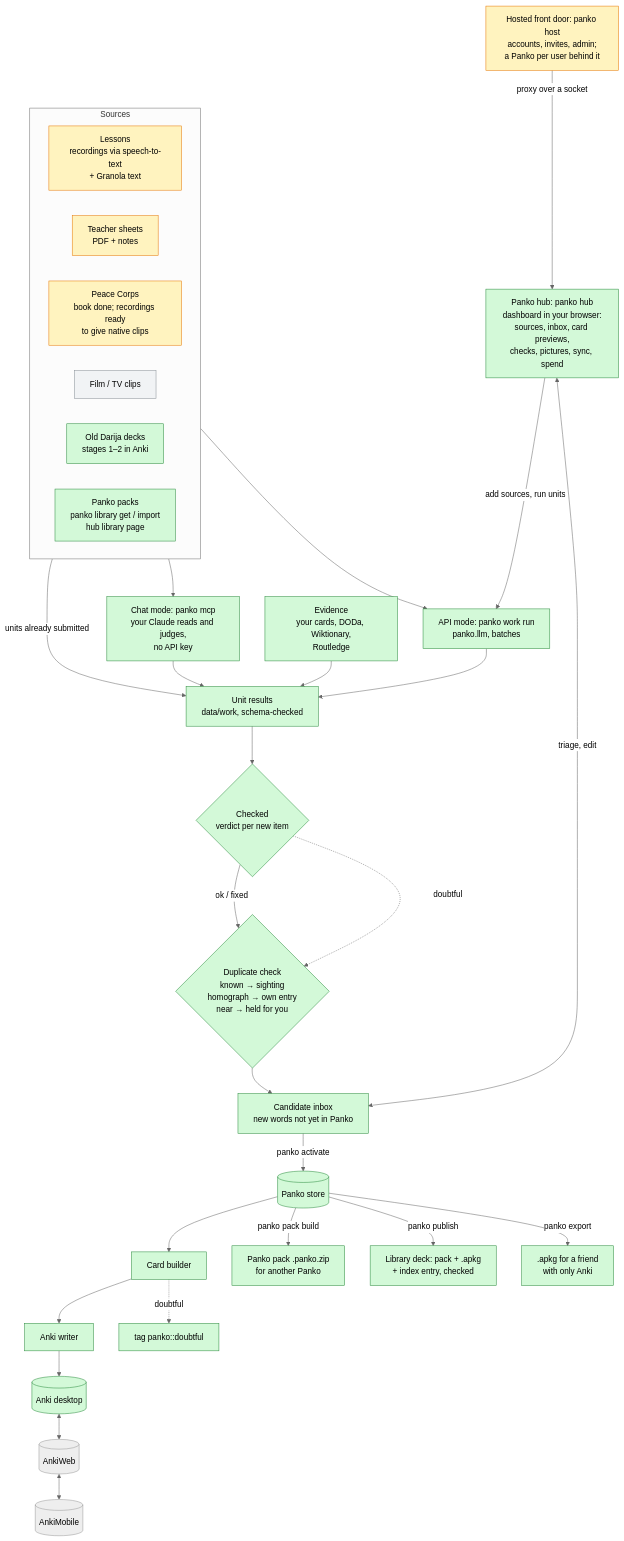
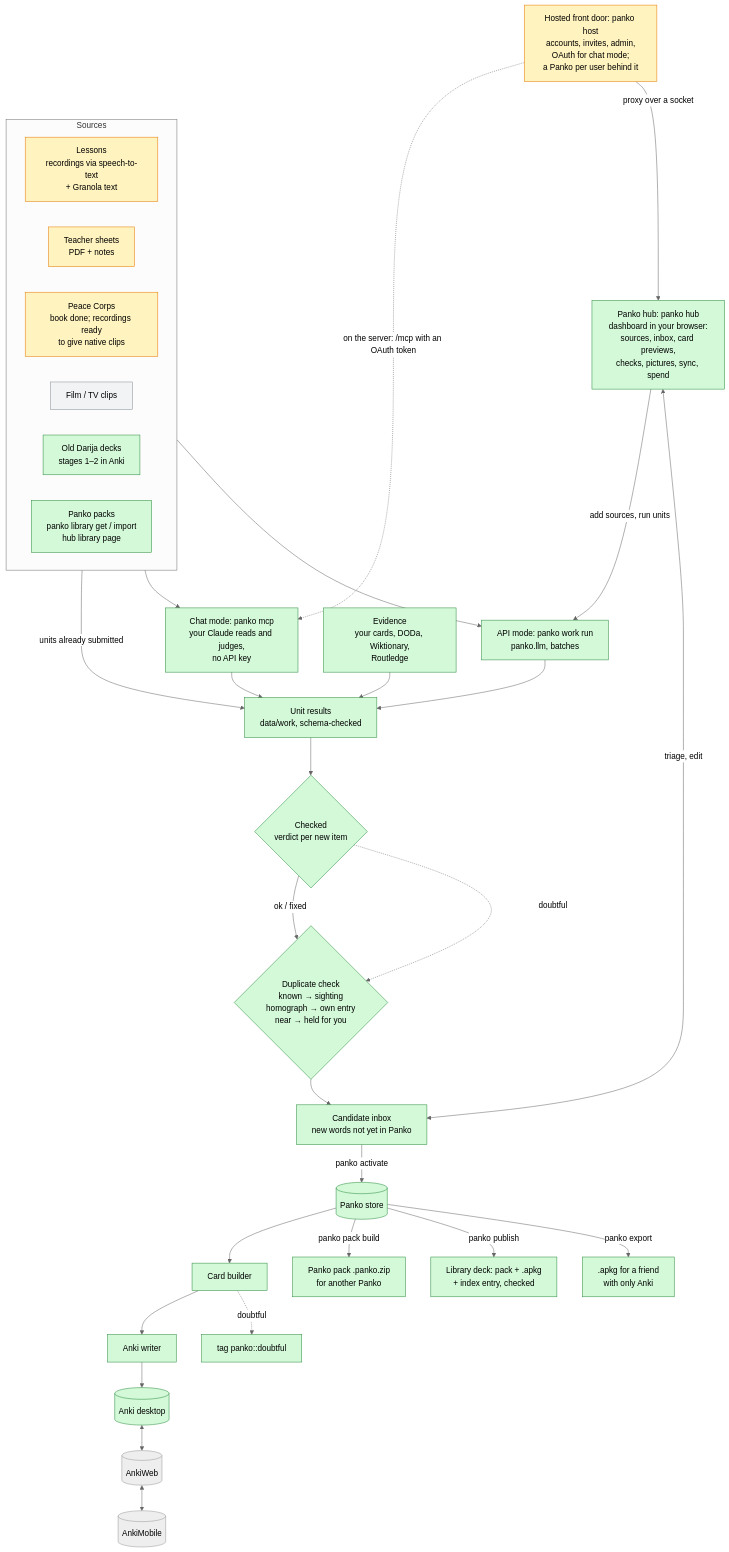
Before and after one commit to NotAHill/panko: the first of 5 diagrams in docs/ARCHITECTURE.md, drawn with Mermaid (neutral theme). The commit also changed other lines of this file and 16 other files, not shown here.

First line of the commit message:
Hosted Panko H4: chat mode on the server, with the front door as OAuth server

````diff
--- a/docs/ARCHITECTURE.md
+++ b/docs/ARCHITECTURE.md
@@ -12,39 +12,40 @@
 ```mermaid
 flowchart TB
     subgraph Sources
         direction LR
         L[Lessons<br/>recordings via speech-to-text<br/>+ Granola text]:::part
         T[Teacher sheets<br/>PDF + notes]:::part
         PC[Peace Corps<br/>book done; recordings ready<br/>to give native clips]:::part
         M[Film / TV clips]:::plan
         D[Old Darija decks<br/>stages 1–2 in Anki]:::built
         P[Panko packs<br/>panko library get / import<br/>hub library page]:::built
     end
     Sources --> CM[Chat mode: panko mcp<br/>your Claude reads and judges,<br/>no API key]:::built
+    FD -. on the server: /mcp with an OAuth token .-> CM
     Sources --> API[API mode: panko work run<br/>panko.llm, batches]:::built
     HUB[Panko hub: panko hub<br/>dashboard in your browser:<br/>sources, inbox, card previews,<br/>checks, pictures, sync, spend]:::built
-    FD[Hosted front door: panko host<br/>accounts, invites, admin;<br/>a Panko per user behind it]:::part -- proxy over a socket --> HUB
+    FD[Hosted front door: panko host<br/>accounts, invites, admin,<br/>OAuth for chat mode;<br/>a Panko per user behind it]:::part -- proxy over a socket --> HUB
     HUB -- add sources, run units --> API
     HUB <-- triage, edit --> IN
     CM --> X[Unit results<br/>data/work, schema-checked]:::built
     API --> X
     P -- units already submitted --> X
     EV[Evidence<br/>your cards, DODa, Wiktionary,<br/>Routledge]:::built --> X
     X --> C{Checked<br/>verdict per new item}:::built
     C -- ok / fixed --> DD{Duplicate check<br/>known → sighting<br/>homograph → own entry<br/>near → held for you}:::built
     C -. doubtful .-> DD
     DD --> IN[Candidate inbox<br/>new words not yet in Panko]:::built
     IN -- panko activate --> S[(Panko store)]:::built
     S --> B[Card builder]:::built
     B --> W[Anki writer]:::built
     B -. doubtful .-> F[tag panko::doubtful]:::built
     W --> A[(Anki desktop)]:::built
     S -- panko pack build --> P2[Panko pack .panko.zip<br/>for another Panko]:::built
     S -- panko publish --> PUB[Library deck: pack + .apkg<br/>+ index entry, checked]:::built
     S -- panko export --> AP[.apkg for a friend<br/>with only Anki]:::built
     A <--> AW[(AnkiWeb)] <--> AM[(AnkiMobile)]
 
     classDef built fill:#d3f9d8,stroke:#2b8a3e,color:#000
     classDef part fill:#fff3bf,stroke:#e67700,color:#000
     classDef plan fill:#f1f3f5,stroke:#868e96,color:#000
 ```
````
